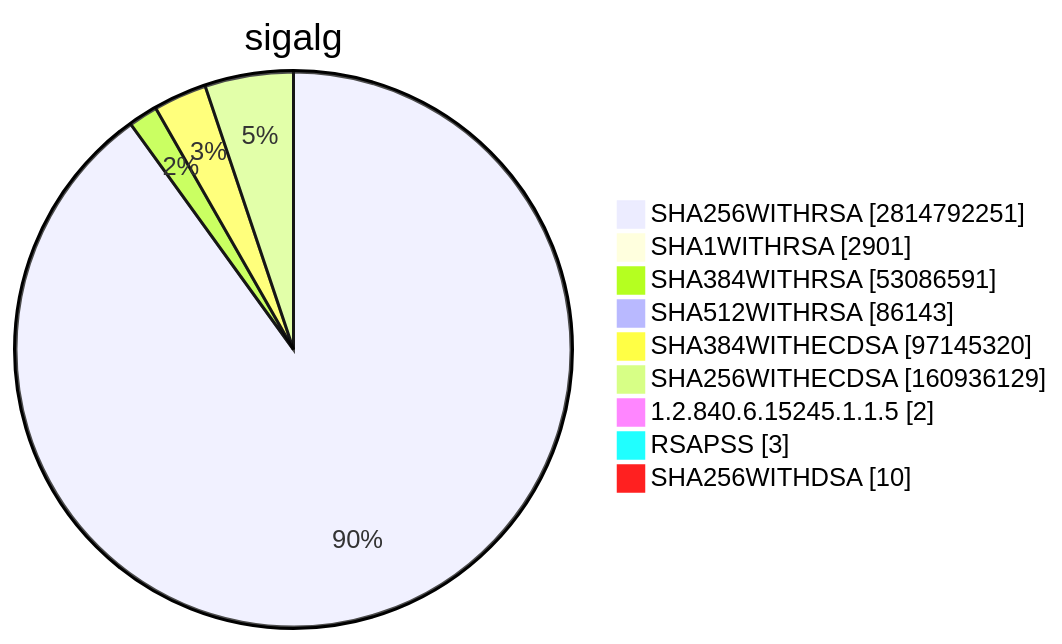
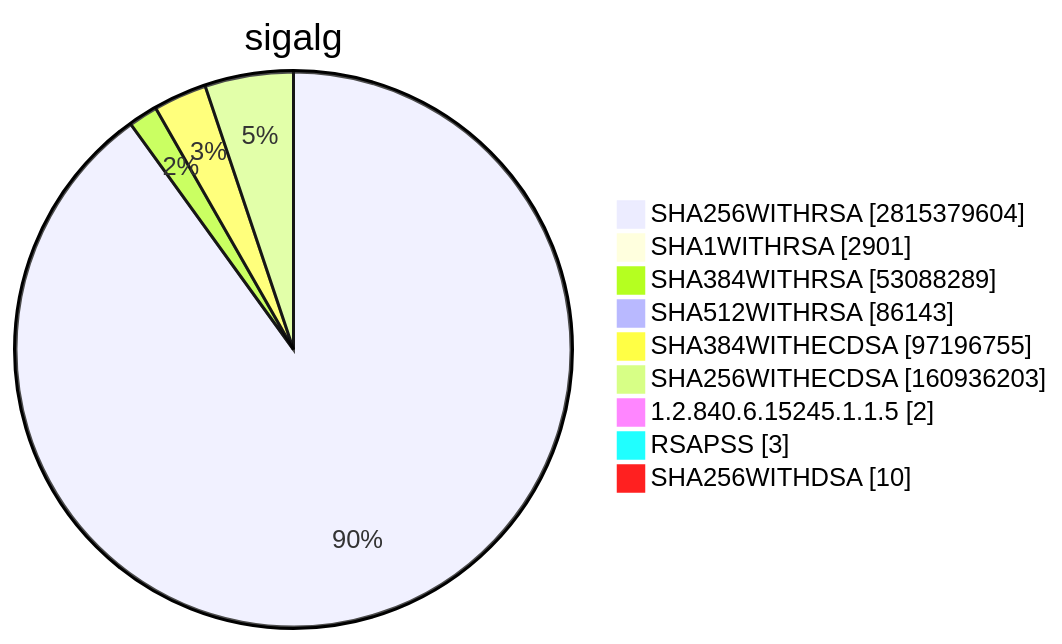
Diagram 15 of 15 in TOTAL/README.md (christiankrug/ctmonitor_visualization), drawn with Mermaid before and after one commit. The commit also changed other lines of this file, not shown here.

````diff
--- a/TOTAL/README.md
+++ b/TOTAL/README.md
@@ -6207,13 +6207,13 @@
 ```mermaid
 pie showData
 title sigalg
-"SHA256WITHRSA" :2814792251
+"SHA256WITHRSA" :2815379604
 "SHA1WITHRSA" :2901
-"SHA384WITHRSA" :53086591
+"SHA384WITHRSA" :53088289
 "SHA512WITHRSA" :86143
-"SHA384WITHECDSA" :97145320
-"SHA256WITHECDSA" :160936129
+"SHA384WITHECDSA" :97196755
+"SHA256WITHECDSA" :160936203
 "1.2.840.6.15245.1.1.5" :2
 "RSAPSS" :3
 "SHA256WITHDSA" :10
 ```
````
